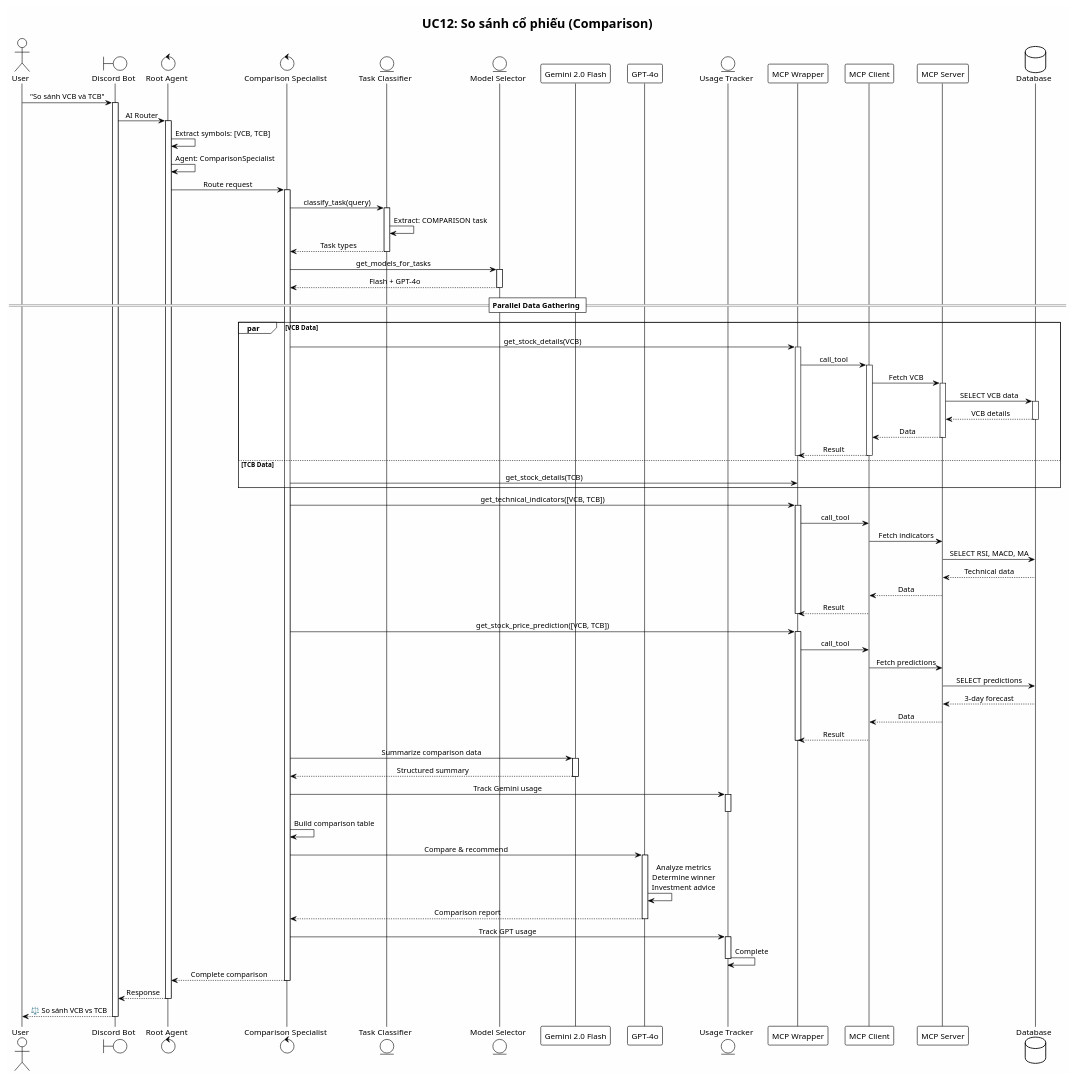
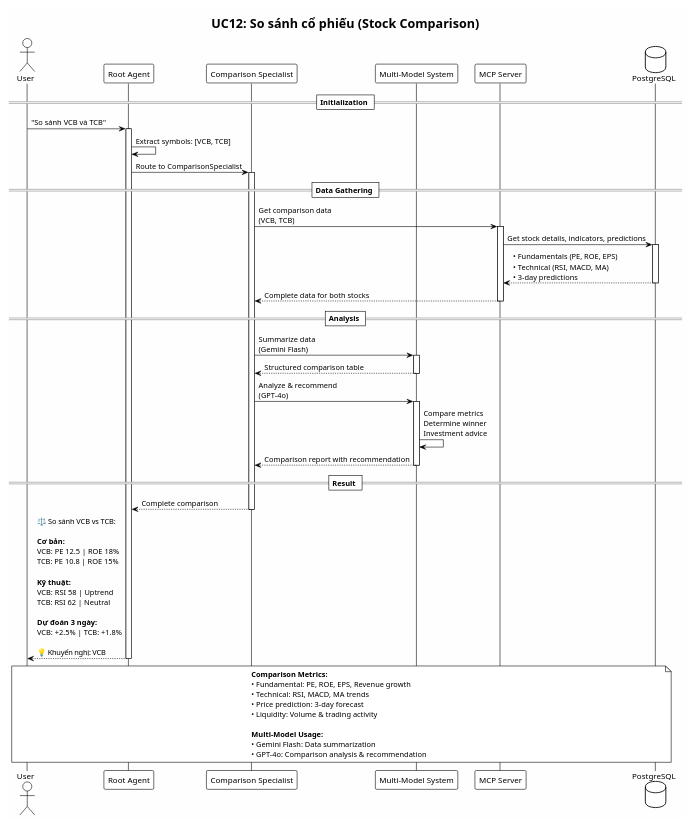
Before and after one commit to GiangNV-HUST/DATN: the diagram in diagrams/sources/sequence_diagrams/sequence_uc12_comparison.puml, drawn with PlantUML. The commit also changed other lines of this file and 9 other files, not shown here.

First line of the commit message:
refactor: Optimize 5 additional complex sequence diagrams

```diff
--- a/diagrams/sources/sequence_diagrams/sequence_uc12_comparison.puml
+++ b/diagrams/sources/sequence_diagrams/sequence_uc12_comparison.puml
@@ -1,118 +2,63 @@
 @startuml sequence_uc12_comparison
 !theme plain
 skinparam backgroundColor #FEFEFE
-skinparam sequenceMessageAlign center
 skinparam shadowing false
+skinparam defaultFontName "Times New Roman"
 
-title UC12: So sánh cổ phiếu (Comparison)
+title UC12: So sánh cổ phiếu (Stock Comparison)
 
 actor User
-boundary "Discord Bot" as Bot
-control "Root Agent" as Root
-control "Comparison Specialist" as Comparison
-entity "Task Classifier" as Classifier
-entity "Model Selector" as Selector
-participant "Gemini 2.0 Flash" as Flash
-participant "GPT-4o" as GPT
-entity "Usage Tracker" as Tracker
-participant "MCP Wrapper" as Wrapper
-participant "MCP Client" as Client
-participant "MCP Server" as Server
-database "Database" as DB
+participant "Root Agent" as Root
+participant "Comparison Specialist" as Comparison
+participant "Multi-Model System" as Models
+participant "MCP Server" as MCP
+database "PostgreSQL" as DB
 
-User -> Bot: "So sánh VCB và TCB"
-activate Bot
-
-Bot -> Root: AI Router
+== Initialization ==
+User -> Root: "So sánh VCB và TCB"
 activate Root
 Root -> Root: Extract symbols: [VCB, TCB]
-Root -> Root: Agent: ComparisonSpecialist
-
-Root -> Comparison: Route request
+Root -> Comparison: Route to ComparisonSpecialist
 activate Comparison
 
-Comparison -> Classifier: classify_task(query)
-activate Classifier
-Classifier -> Classifier: Extract: COMPARISON task
-Classifier --> Comparison: Task types
-deactivate Classifier
+== Data Gathering ==
+Comparison -> MCP: Get comparison data\n(VCB, TCB)
+activate MCP
+MCP -> DB: Get stock details, indicators, predictions
+activate DB
+DB --> MCP: • Fundamentals (PE, ROE, EPS)\n• Technical (RSI, MACD, MA)\n• 3-day predictions
+deactivate DB
+MCP --> Comparison: Complete data for both stocks
+deactivate MCP
 
-Comparison -> Selector: get_models_for_tasks
-activate Selector
-Selector --> Comparison: Flash + GPT-4o
-deactivate Selector
+== Analysis ==
+Comparison -> Models: Summarize data\n(Gemini Flash)
+activate Models
+Models --> Comparison: Structured comparison table
+deactivate Models
 
-== Parallel Data Gathering ==
+Comparison -> Models: Analyze & recommend\n(GPT-4o)
+activate Models
+Models -> Models: Compare metrics\nDetermine winner\nInvestment advice
+Models --> Comparison: Comparison report with recommendation
+deactivate Models
 
-par VCB Data
-    Comparison -> Wrapper: get_stock_details(VCB)
-    activate Wrapper
-    Wrapper -> Client: call_tool
-    activate Client
-    Client -> Server: Fetch VCB
-    activate Server
-    Server -> DB: SELECT VCB data
-    activate DB
-    DB --> Server: VCB details
-    deactivate DB
-    Server --> Client: Data
-    deactivate Server
-    Client --> Wrapper: Result
-    deactivate Client
-    deactivate Wrapper
-else TCB Data
-    Comparison -> Wrapper: get_stock_details(TCB)
-end
-
-Comparison -> Wrapper: get_technical_indicators([VCB, TCB])
-activate Wrapper
-Wrapper -> Client: call_tool
-Client -> Server: Fetch indicators
-Server -> DB: SELECT RSI, MACD, MA
-DB --> Server: Technical data
-Server --> Client: Data
-Client --> Wrapper: Result
-deactivate Wrapper
-
-Comparison -> Wrapper: get_stock_price_prediction([VCB, TCB])
-activate Wrapper
-Wrapper -> Client: call_tool
-Client -> Server: Fetch predictions
-Server -> DB: SELECT predictions
-DB --> Server: 3-day forecast
-Server --> Client: Data
-Client --> Wrapper: Result
-deactivate Wrapper
-
-Comparison -> Flash: Summarize comparison data
-activate Flash
-Flash --> Comparison: Structured summary
-deactivate Flash
-
-Comparison -> Tracker: Track Gemini usage
-activate Tracker
-deactivate Tracker
-
-Comparison -> Comparison: Build comparison table
-
-Comparison -> GPT: Compare & recommend
-activate GPT
-GPT -> GPT: Analyze metrics\nDetermine winner\nInvestment advice
-GPT --> Comparison: Comparison report
-deactivate GPT
-
-Comparison -> Tracker: Track GPT usage
-activate Tracker
-Tracker -> Tracker: Complete
-deactivate Tracker
-
+== Result ==
 Comparison --> Root: Complete comparison
 deactivate Comparison
-
-Root --> Bot: Response
+Root --> User: ⚖️ So sánh VCB vs TCB:\n\n**Cơ bản:**\nVCB: PE 12.5 | ROE 18%\nTCB: PE 10.8 | ROE 15%\n\n**Kỹ thuật:**\nVCB: RSI 58 | Uptrend\nTCB: RSI 62 | Neutral\n\n**Dự đoán 3 ngày:**\nVCB: +2.5% | TCB: +1.8%\n\n💡 Khuyến nghị: VCB
 deactivate Root
 
-Bot --> User: ⚖️ So sánh VCB vs TCB
-deactivate Bot
+note over User, DB
+  **Comparison Metrics:**
+  • Fundamental: PE, ROE, EPS, Revenue growth
+  • Technical: RSI, MACD, MA trends
+  • Price prediction: 3-day forecast
+  • Liquidity: Volume & trading activity
+
+  **Multi-Model Usage:**
+  • Gemini Flash: Data summarization
+  • GPT-4o: Comparison analysis & recommendation
+end note
 
 @enduml
```
